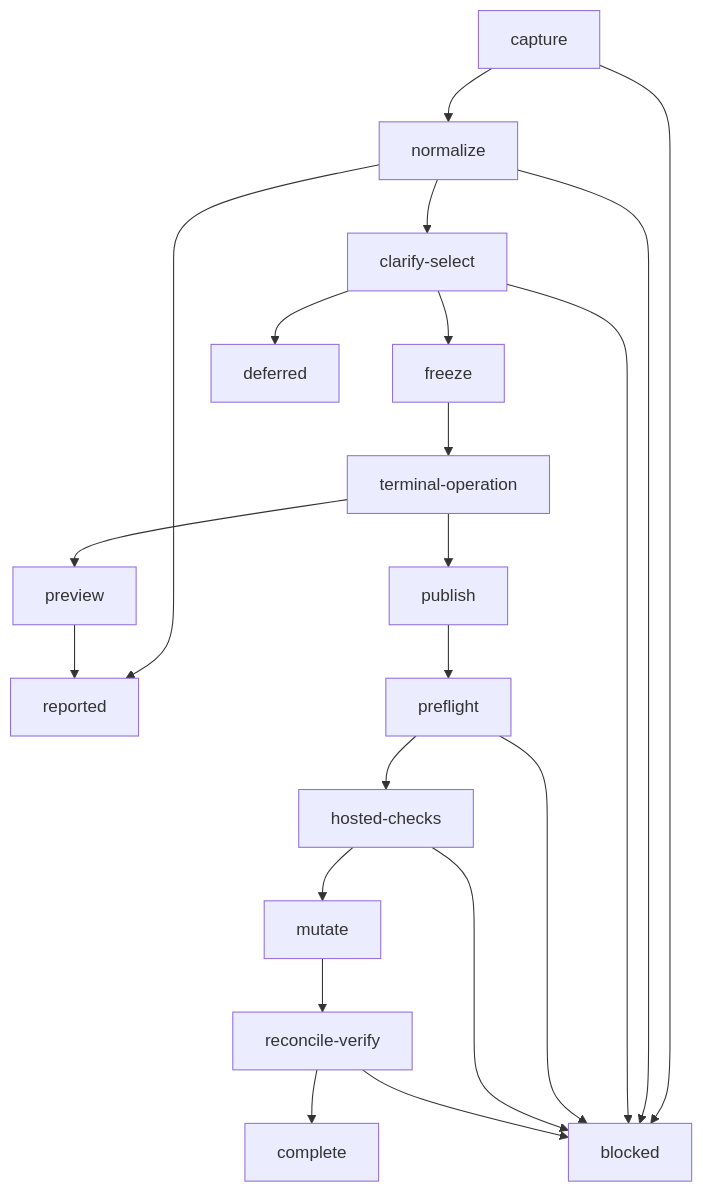
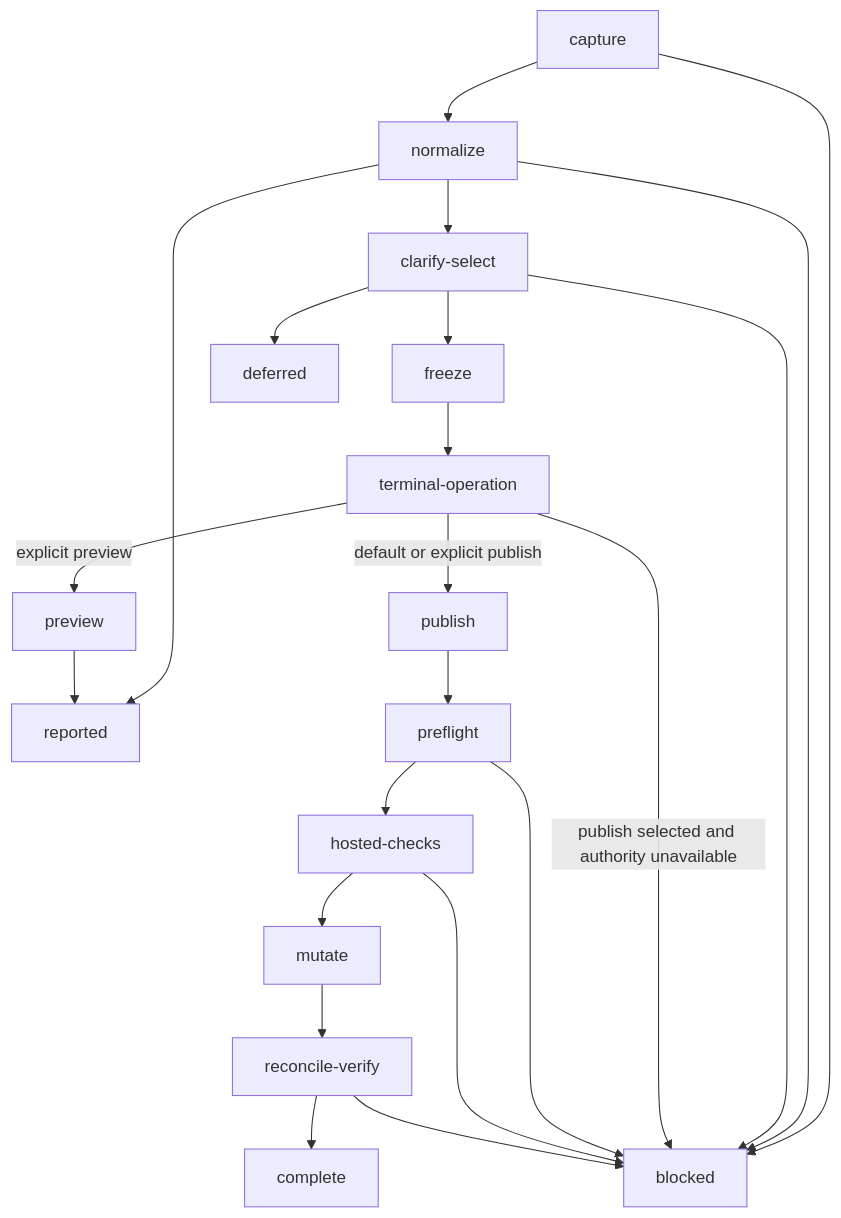
One commit to alemar11/dotagents changed the diagram in plugins/se2/skills/idea/SKILL.md. Above: the diagram before and after it, drawn with Mermaid. The commit also changed other lines of this file and 16 other files, not shown here.

```diff
--- a/plugins/se2/skills/idea/SKILL.md
+++ b/plugins/se2/skills/idea/SKILL.md
@@ -52,23 +53,24 @@
 ~~~mermaid
 flowchart TD
     capture --> normalize
     capture --> blocked
     normalize --> clarify-select
     normalize --> reported
     normalize --> blocked
     clarify-select --> freeze
     clarify-select --> deferred
     clarify-select --> blocked
     freeze --> terminal-operation
-    terminal-operation --> preview
-    terminal-operation --> publish
+    terminal-operation -->|explicit preview| preview
+    terminal-operation -->|default or explicit publish| publish
+    terminal-operation -->|publish selected and authority unavailable| blocked
     preview --> reported
     publish --> preflight
     preflight --> hosted-checks
     preflight --> blocked
     hosted-checks --> mutate
     hosted-checks --> blocked
     mutate --> reconcile-verify
     reconcile-verify --> complete
     reconcile-verify --> blocked
 ~~~
```
